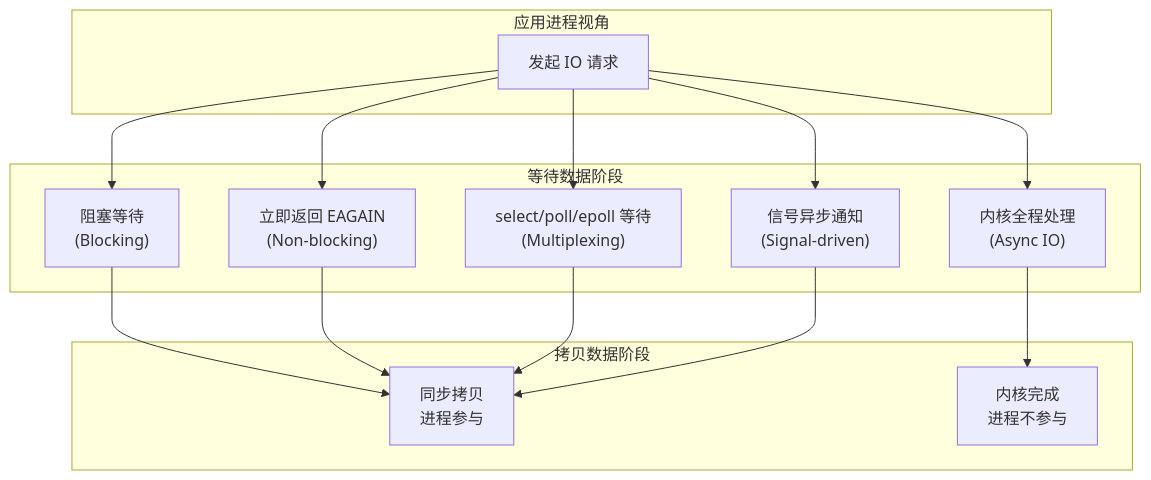
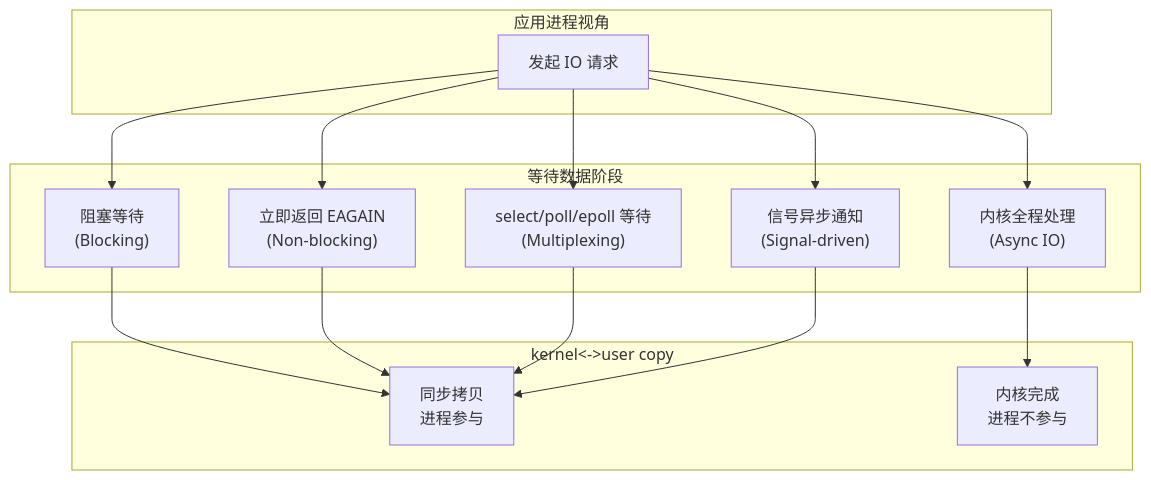
The first of 4 diagrams in note/SysCall/IO/04-IO范式总览.md (yceachan/Neo-Embedded-Linux), drawn with Mermaid before and after one commit. The commit also changed other lines of this file and 92 other files, not shown here.

````diff
--- a/note/SysCall/IO/04-IO范式总览.md
+++ b/note/SysCall/IO/04-IO范式总览.md
@@ -17,25 +17,25 @@
 ```mermaid
 graph TB
     subgraph "应用进程视角"
         A["发起 IO 请求"]
     end
 
     subgraph "等待数据阶段"
         B1["阻塞等待\n(Blocking)"]
         B2["立即返回 EAGAIN\n(Non-blocking)"]
         B3["select/poll/epoll 等待\n(Multiplexing)"]
         B4["信号异步通知\n(Signal-driven)"]
         B5["内核全程处理\n(Async IO)"]
     end
 
-    subgraph "拷贝数据阶段"
+    subgraph "kernel<->user copy"
         C1["同步拷贝\n进程参与"]
         C2["内核完成\n进程不参与"]
     end
 
     A --> B1 --> C1
     A --> B2 --> C1
     A --> B3 --> C1
     A --> B4 --> C1
     A --> B5 --> C2
 ```
````
